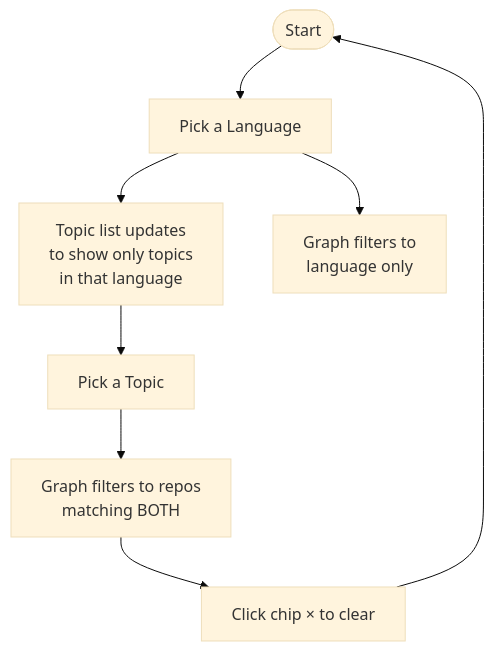
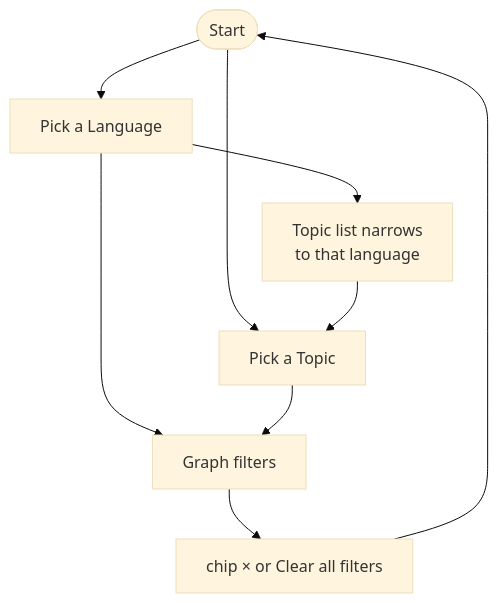
One commit to ervinismu/stargaze changed the third of 4 diagrams in README.md. Above: the diagram before and after it, drawn with Mermaid (base theme). The commit also changed other lines of this file and 17 other files, not shown here.

````diff
--- a/README.md
+++ b/README.md
@@ -92,10 +98,11 @@
 ```mermaid
 flowchart TD
     S([Start]) --> L[Pick a Language]
-    L --> T[Topic list updates\nto show only topics\nin that language]
-    T --> TP[Pick a Topic]
-    TP --> G[Graph filters to repos\nmatching BOTH]
-    L --> G2[Graph filters to\nlanguage only]
-    G --> Clear[Click chip × to clear]
+    S --> TP[Pick a Topic]
+    L --> N[Topic list narrows\nto that language]
+    N --> TP
+    L --> G[Graph filters]
+    TP --> G
+    G --> Clear[chip × or Clear all filters]
     Clear --> S
 ```
````
